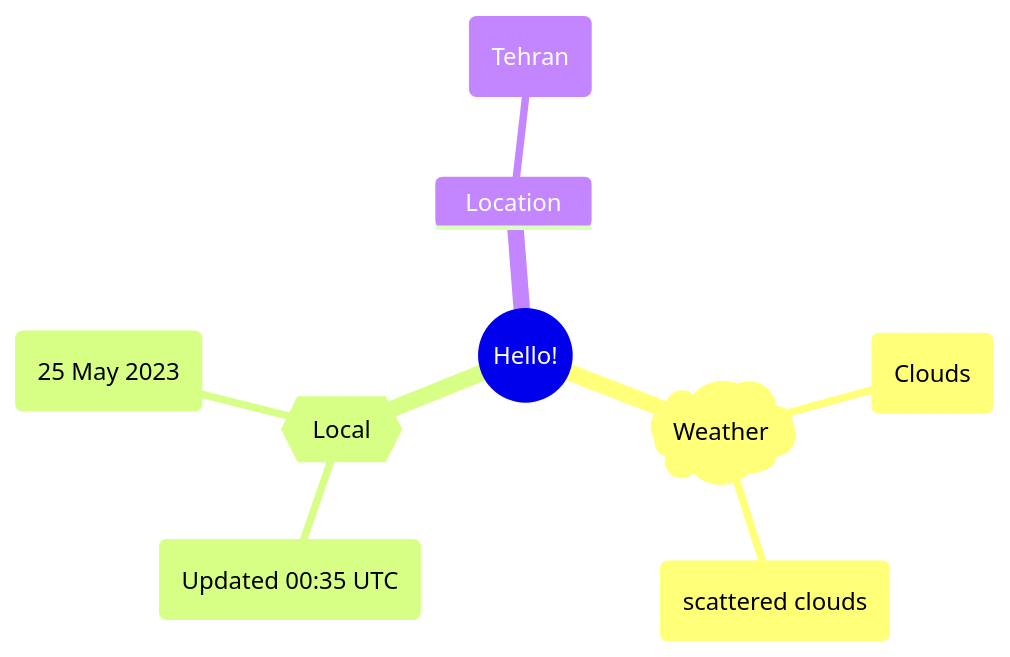
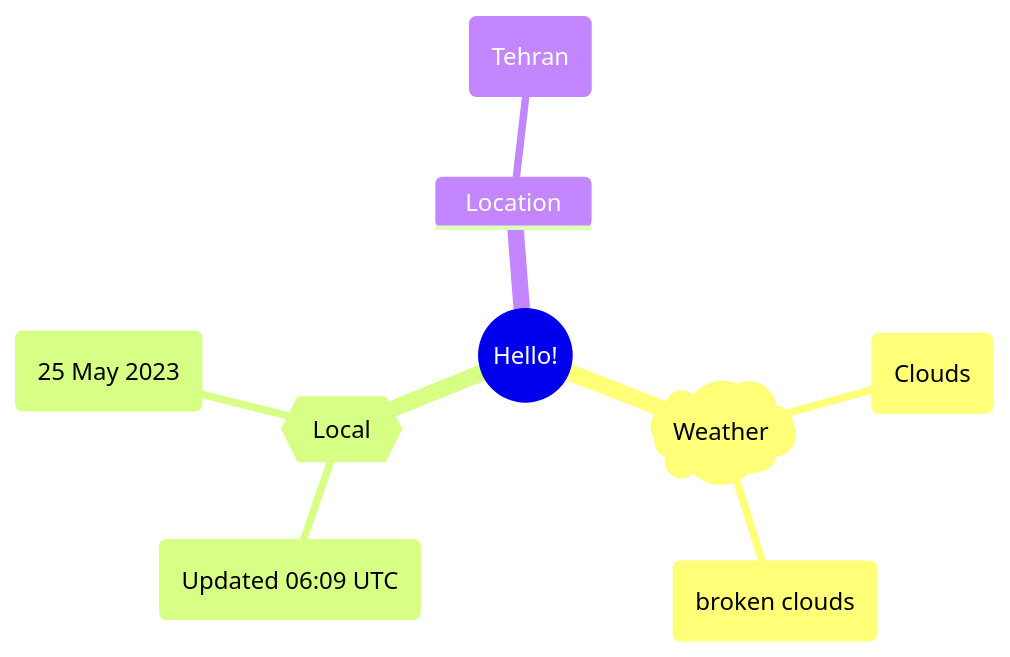
Before and after one commit to Xosrov/Xosrov: the first of 2 diagrams in README.md, drawn with Mermaid.

Commit message:
[bot] updated images

````diff
--- a/README.md
+++ b/README.md
@@ -3,12 +3,12 @@
 ```mermaid
 mindmap
   root((Hello!))
     )Weather(
         (Clouds)
-        (scattered clouds)
+        (broken clouds)
     {{Local}}
-        (Updated 00:35 UTC)
+        (Updated 06:09 UTC)
         (25 May 2023)
     Location
         (Tehran)
 ```
````
